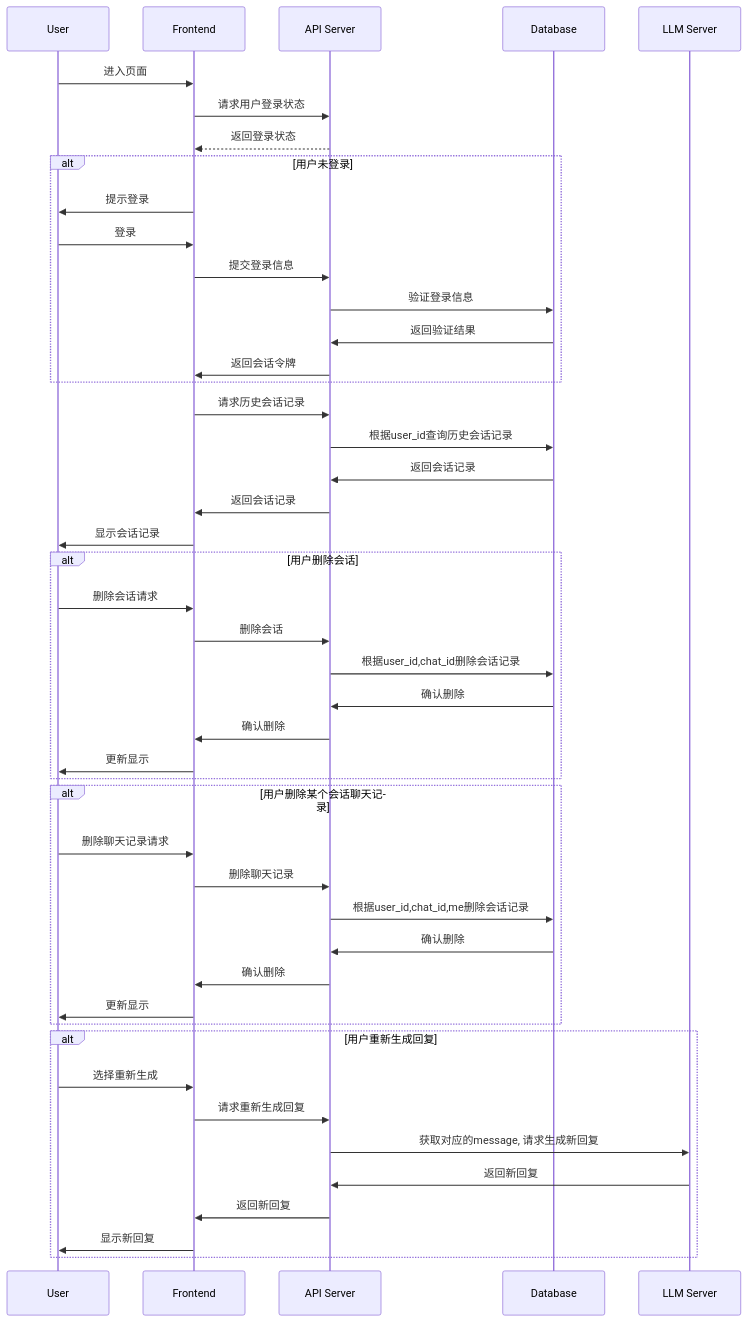
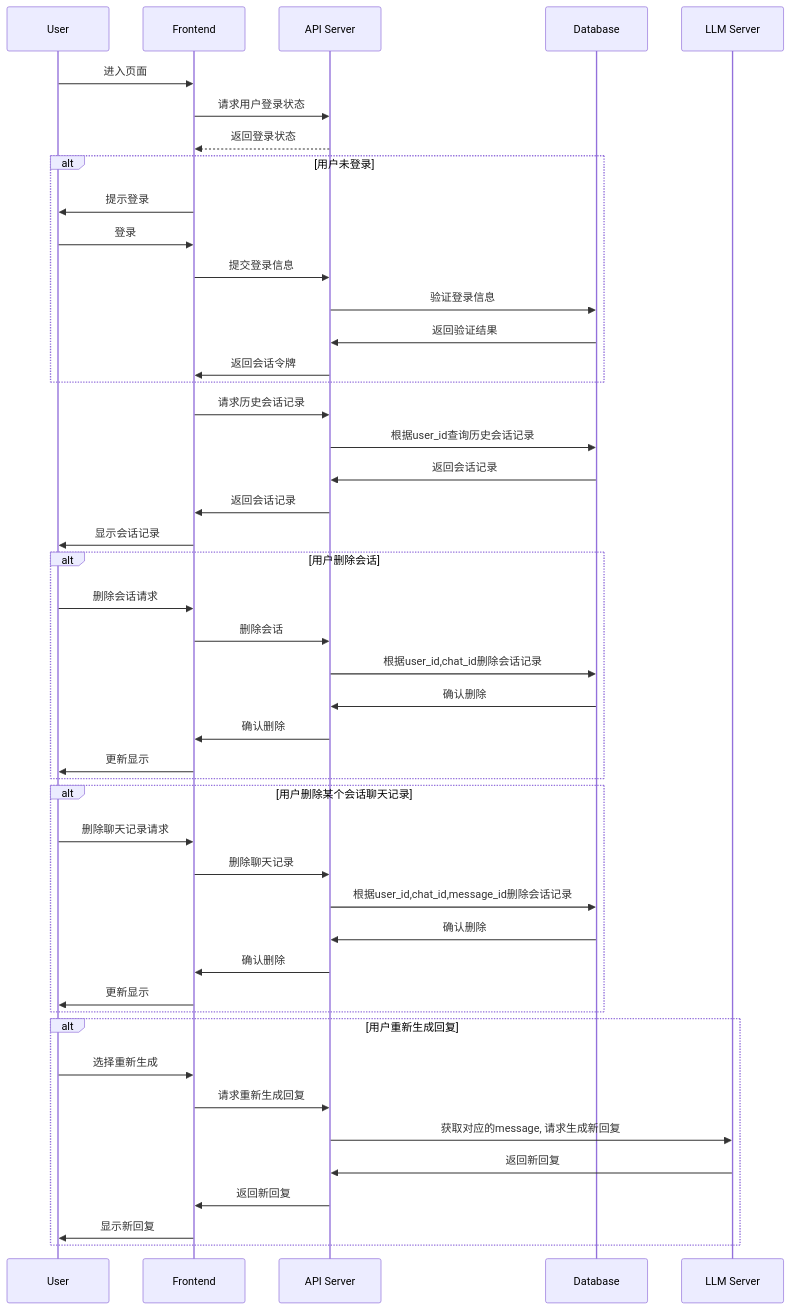
The diagram in all/未命名-7.md (yingjianzh/iodraw-files), drawn with Mermaid before and after one commit.

Commit message:
2024-10-09 09:47:15 update

````diff
--- a/all/未命名-7.md
+++ b/all/未命名-7.md
@@ -1,54 +1,54 @@
 ```mermaid
 sequenceDiagram
     participant User
     participant Frontend
     participant API Server
     participant Database
 
 
     User->>Frontend: 进入页面
     Frontend->>API Server: 请求用户登录状态
     API Server-->>Frontend: 返回登录状态
     alt 用户未登录
         Frontend->>User: 提示登录
         User->>Frontend: 登录
         Frontend->>API Server: 提交登录信息
         API Server->>Database: 验证登录信息
         Database->>API Server: 返回验证结果
         API Server->>Frontend: 返回会话令牌
     end
 
     Frontend->>API Server: 请求历史会话记录
     API Server->>Database: 根据user_id查询历史会话记录
     Database->>API Server: 返回会话记录
     API Server->>Frontend: 返回会话记录
     Frontend->>User: 显示会话记录
 
     alt 用户删除会话
         User->>Frontend: 删除会话请求
         Frontend->>API Server: 删除会话
         API Server->>Database: 根据user_id,chat_id删除会话记录
         Database->>API Server: 确认删除
         API Server->>Frontend: 确认删除
         Frontend->>User: 更新显示
     end
 
     alt 用户删除某个会话聊天记录
         User->>Frontend: 删除聊天记录请求
         Frontend->>API Server: 删除聊天记录
-        API Server->>Database: 根据user_id,chat_id,me删除会话记录
+        API Server->>Database: 根据user_id,chat_id,message_id删除会话记录
         Database->>API Server: 确认删除
         API Server->>Frontend: 确认删除
         Frontend->>User: 更新显示
     end
 
     alt 用户重新生成回复
         User->>Frontend: 选择重新生成
         Frontend->>API Server: 请求重新生成回复
         API Server->>LLM Server: 获取对应的message, 请求生成新回复
         LLM Server->>API Server: 返回新回复
         API Server->>Frontend: 返回新回复
         Frontend->>User: 显示新回复
     end
 
 ```
````
